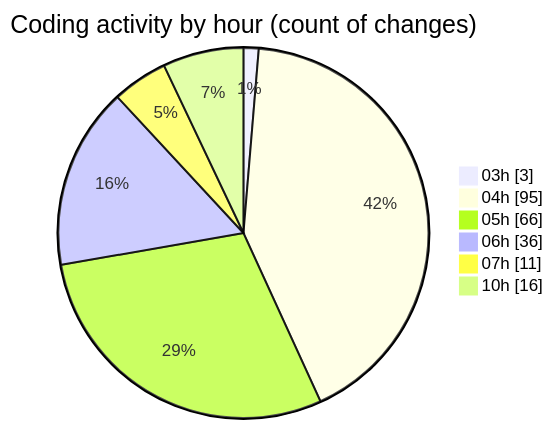
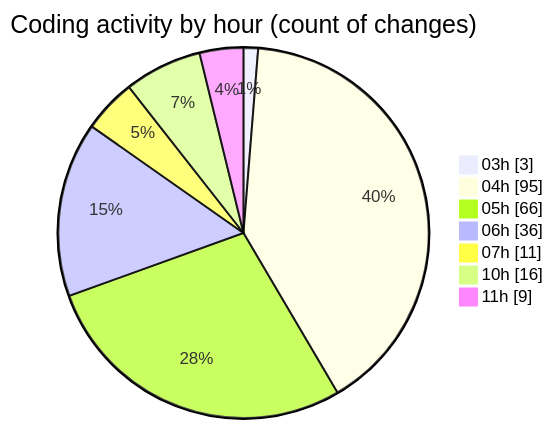
Before and after one commit to ernivani/code-tracking: the second of 2 diagrams in 2025-01-03/tinycms/README.md, drawn with Mermaid. The commit also changed other lines of this file and 5 other files, not shown here.

````diff
--- a/2025-01-03/tinycms/README.md
+++ b/2025-01-03/tinycms/README.md
@@ -75,10 +76,11 @@
 ```mermaid
 pie showData
 title Coding activity by hour (count of changes)
 "03h" : 3
 "04h" : 95
 "05h" : 66
 "06h" : 36
 "07h" : 11
 "10h" : 16
+"11h" : 9
 ```
````
